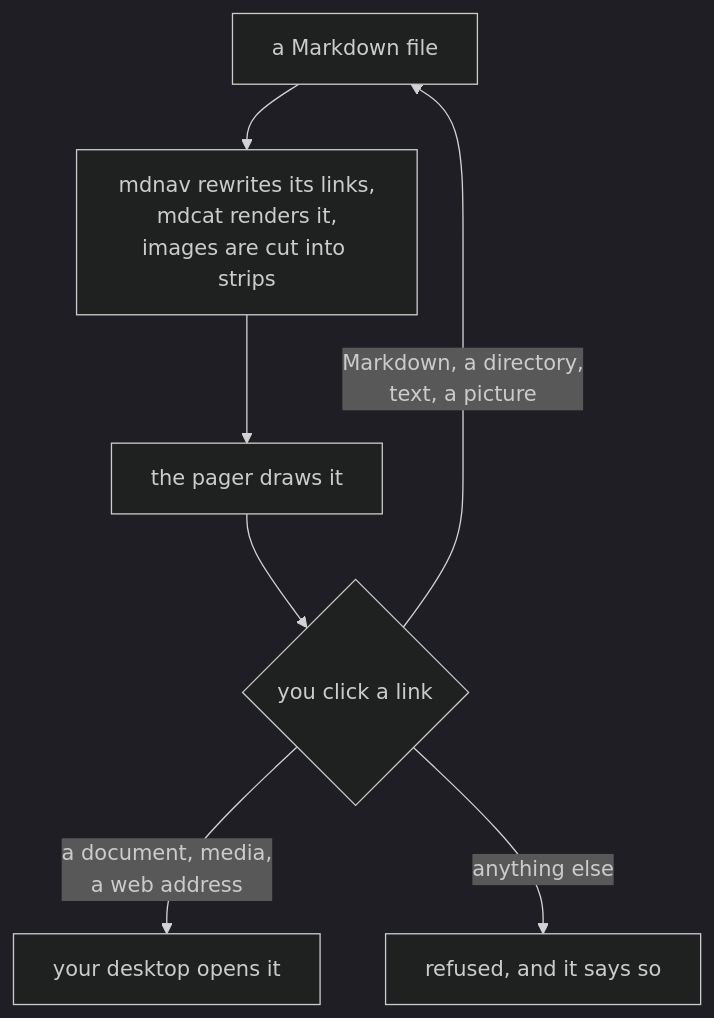
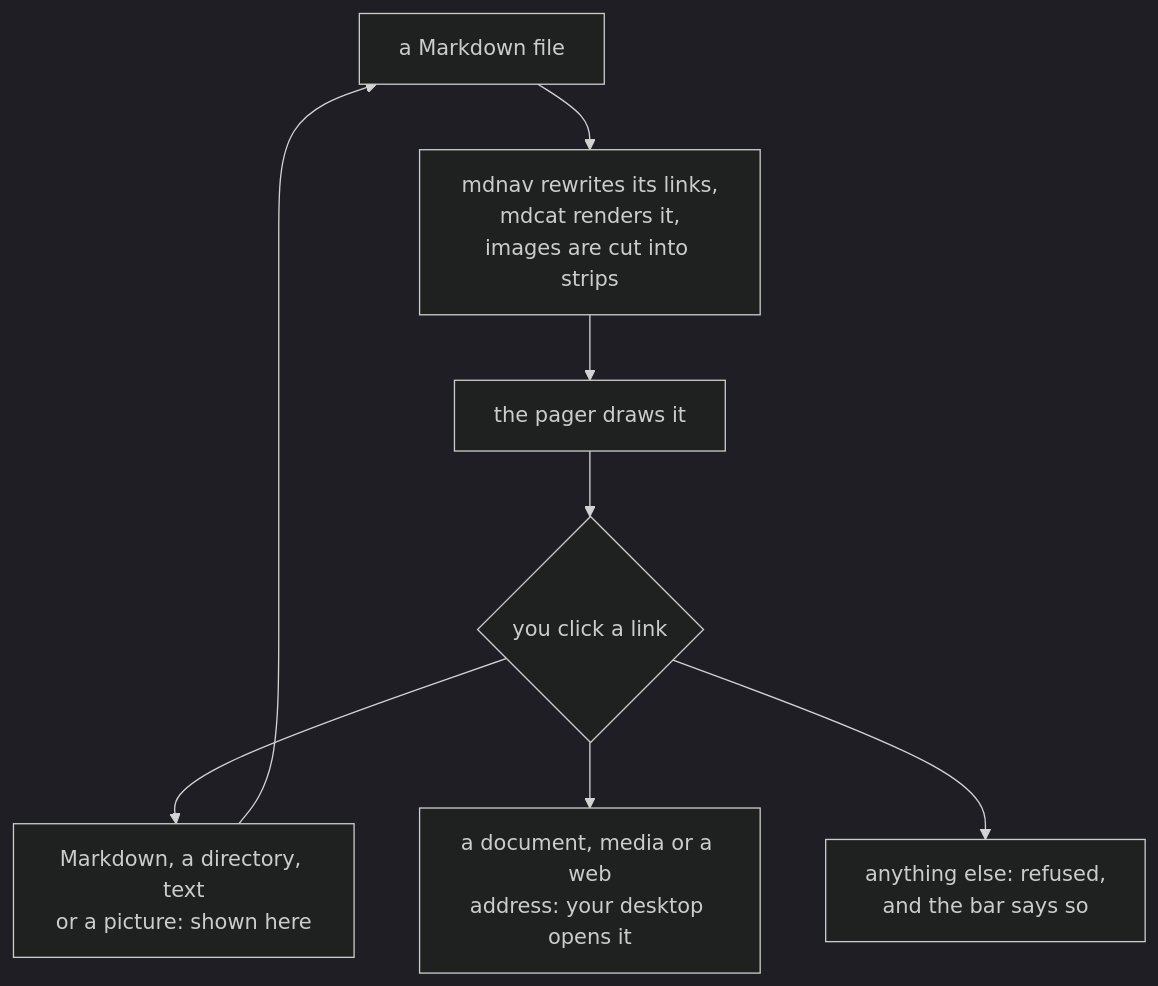
One commit to Ginger-Beard/mdnav changed the diagram in README.md. Above: the diagram before and after it, drawn with Mermaid (dark theme). The commit also changed other lines of this file and 1 other file, not shown here.

First line of the commit message:
Version 0.9.0, and keep the diagram's words inside its boxes

````diff
--- a/README.md
+++ b/README.md
@@ -124,9 +124,10 @@
 ```mermaid
 flowchart TB
   file["a Markdown file"] --> render["mdnav rewrites its links,<br/>mdcat renders it,<br/>images are cut into strips"]
   render --> screen["the pager draws it"]
   screen --> decide{"you click a link"}
-  decide -->|"Markdown, a directory,<br/>text, a picture"| file
-  decide -->|"a document, media,<br/>a web address"| desktop["your desktop opens it"]
-  decide -->|"anything else"| refuse["refused, and it says so"]
+  decide --> shown["Markdown, a directory, text<br/>or a picture: shown here"]
+  decide --> desktop["a document, media or a web<br/>address: your desktop opens it"]
+  decide --> refuse["anything else: refused,<br/>and the bar says so"]
+  shown --> file
 ```
````
